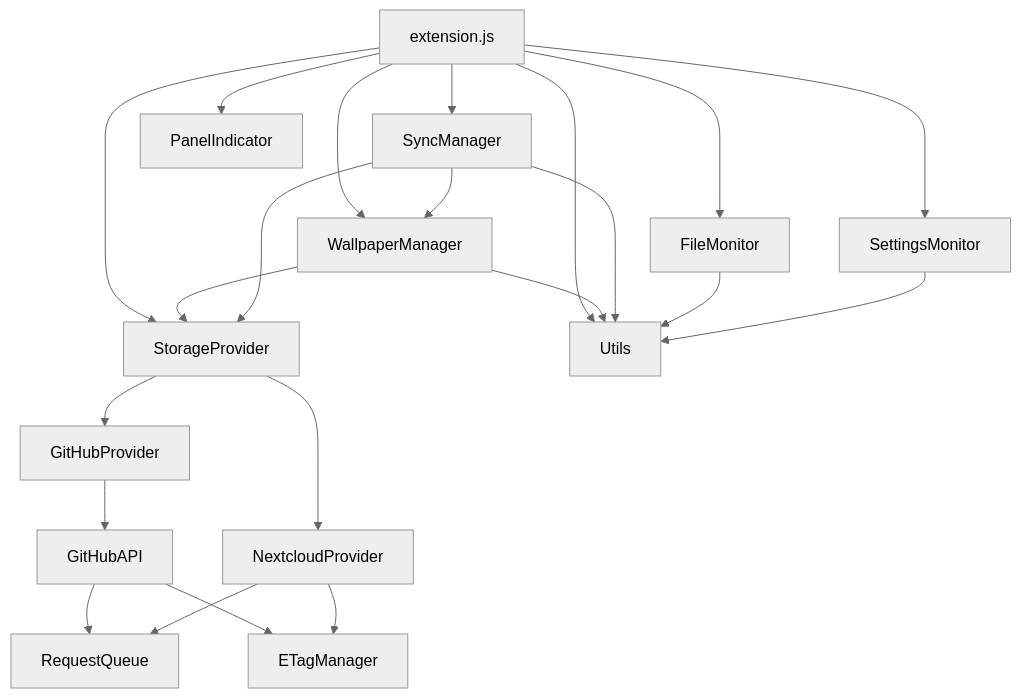
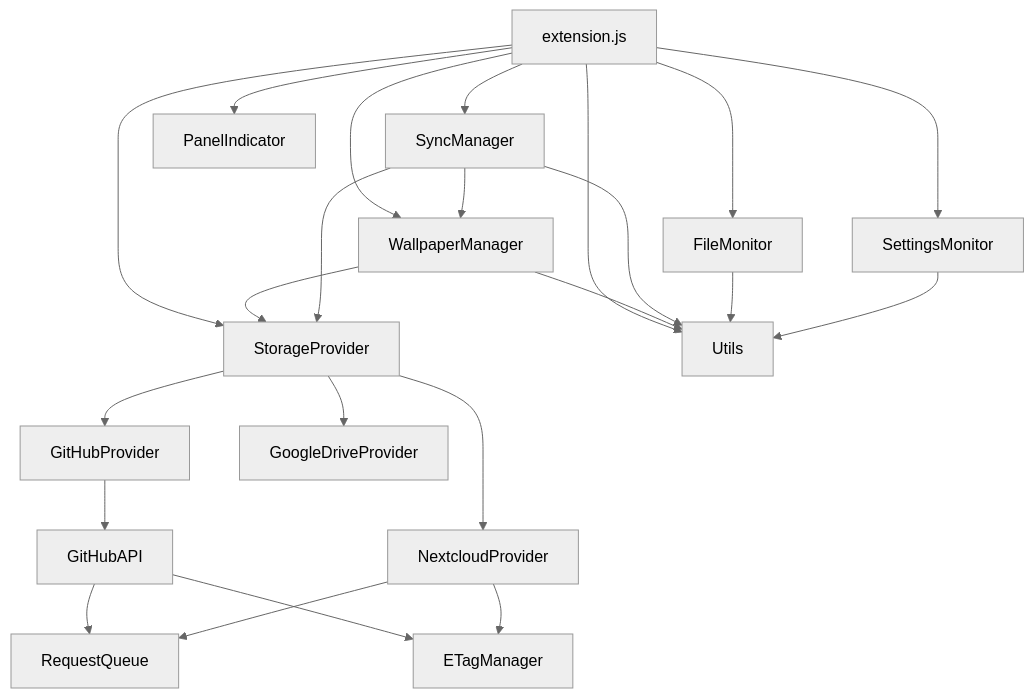
Before and after one commit to gavindi/gnoming-profiles: the diagram in STRUCTURE.md, drawn with Mermaid (neutral theme). The commit also changed other lines of this file and 7 other files, not shown here.

First line of the commit message:
Google Drive storage backend

````diff
--- a/STRUCTURE.md
+++ b/STRUCTURE.md
@@ -88,24 +90,25 @@
 ```mermaid
 graph TD
     A[extension.js] --> SP[StorageProvider]
     SP --> GP[GitHubProvider]
     SP --> NP[NextcloudProvider]
+    SP --> GD[GoogleDriveProvider]
     GP --> D[GitHubAPI]
     D --> B[RequestQueue]
     D --> C[ETagManager]
     NP --> B
     NP --> C
     A --> E[FileMonitor]
     A --> F[SettingsMonitor]
     A --> G[WallpaperManager]
     A --> H[SyncManager]
     A --> I[PanelIndicator]
     A --> J[Utils]
     G --> SP
     G --> J
     H --> SP
     H --> G
     H --> J
     E --> J
     F --> J
 ```
````
